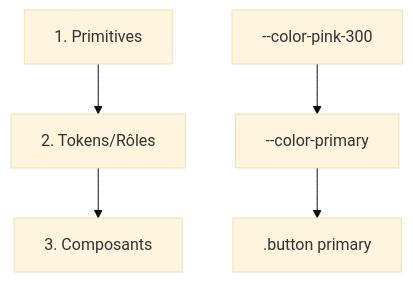
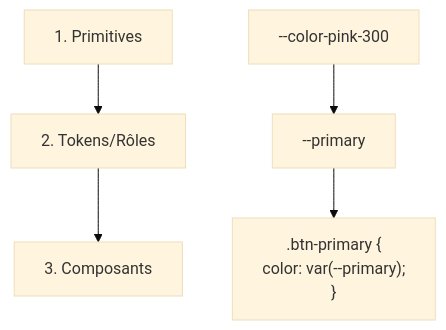
The diagram in guidelines/css.md (alsacreations/kiwipedia), drawn with Mermaid (base theme) before and after one commit. The commit also changed other lines of this file, not shown here.

````diff
--- a/guidelines/css.md
+++ b/guidelines/css.md
@@ -271,8 +271,8 @@
 ```mermaid
 graph TD
     A[1. Primitives] --> B[2. Tokens/Rôles]
     B --> C[3. Composants]
 
-    A1[--color-pink-300] --> B1[--color-primary]
-    B1 --> C1[.button primary]
+    A1[--color-pink-300] --> B1[--primary]
+    B1 --> C1[".btn-primary {<br/>  color: var(--primary);<br/>}"]
 ```
````
